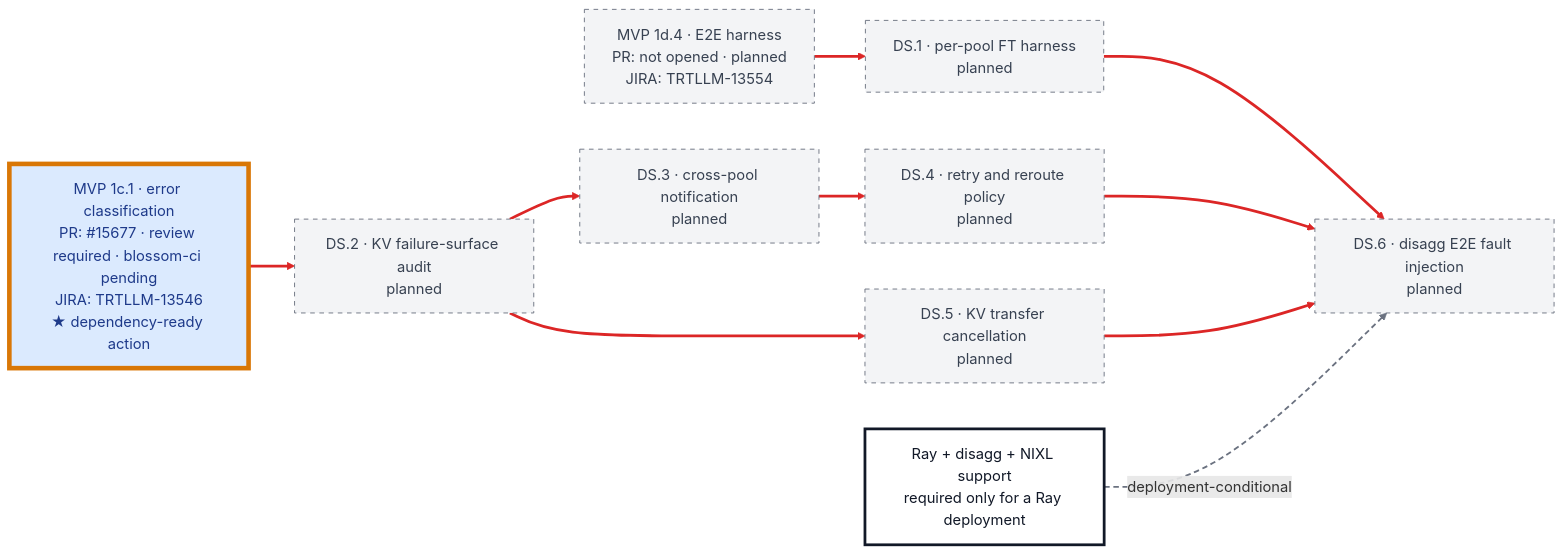
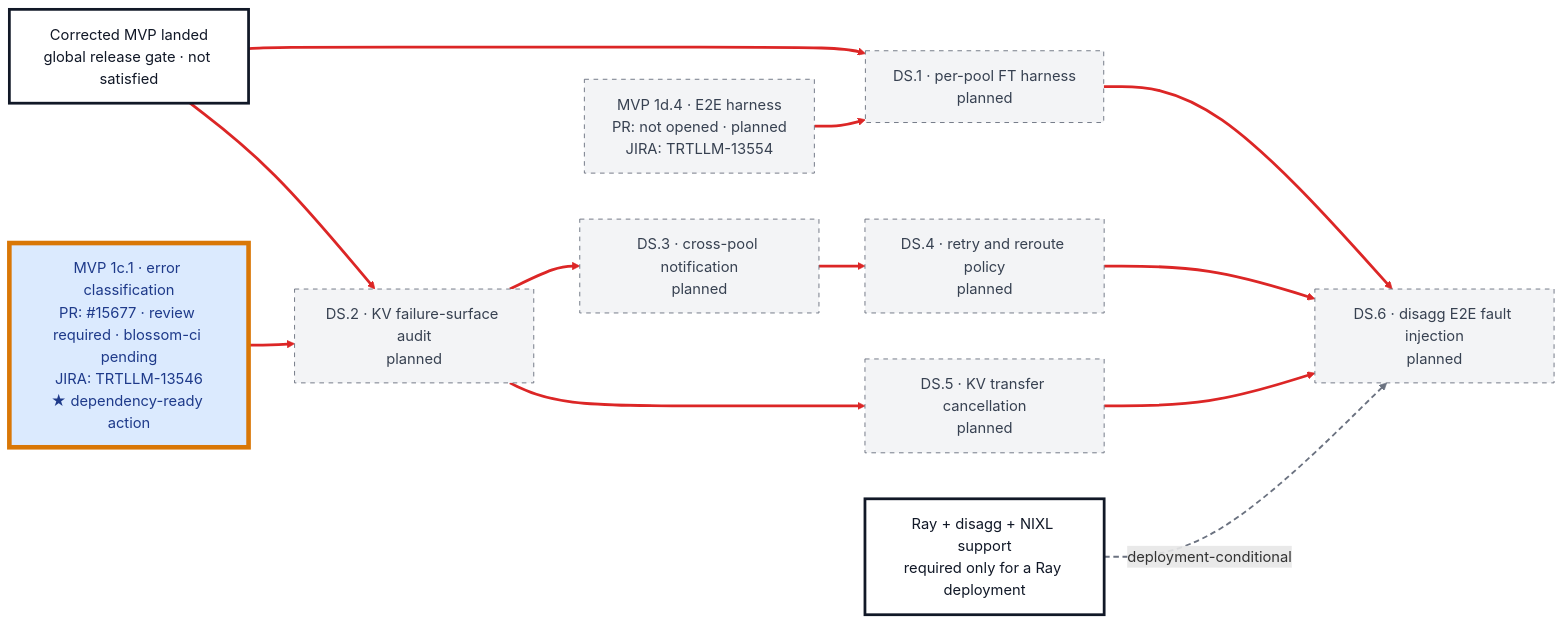
One commit to chienchunhung/TensorRT-LLM changed the second of 3 diagrams in docs/design/wide-ep-fault-tolerance/pr-execution/v1-dependency-graph.md. Above: the diagram before and after it, drawn with Mermaid. The commit also changed other lines of this file and 27 other files, not shown here.

````diff
--- a/docs/design/wide-ep-fault-tolerance/pr-execution/v1-dependency-graph.md
+++ b/docs/design/wide-ep-fault-tolerance/pr-execution/v1-dependency-graph.md
@@ -137,36 +137,39 @@
 ```mermaid
 flowchart LR
+    MVP["Corrected MVP landed<br/>global release gate · not satisfied"]
     M_D4["MVP 1d.4 · E2E harness<br/>PR: not opened · planned<br/>JIRA: TRTLLM-13554"]
     M_C1["MVP 1c.1 · error classification<br/>PR: #15677 · review required · blossom-ci pending<br/>JIRA: TRTLLM-13546<br/>★ dependency-ready action"]
     RAY_GAP["Ray + disagg + NIXL support<br/>required only for a Ray deployment"]
 
     DS1["DS.1 · per-pool FT harness<br/>planned"]
     DS2["DS.2 · KV failure-surface audit<br/>planned"]
     DS3["DS.3 · cross-pool notification<br/>planned"]
     DS4["DS.4 · retry and reroute policy<br/>planned"]
     DS5["DS.5 · KV transfer cancellation<br/>planned"]
     DS6["DS.6 · disagg E2E fault injection<br/>planned"]
 
+    MVP --> DS1
+    MVP --> DS2
     M_D4 --> DS1
     M_C1 --> DS2
     DS2 --> DS3
     DS3 --> DS4
     DS2 --> DS5
     DS1 --> DS6
     DS4 --> DS6
     DS5 --> DS6
     RAY_GAP -.->|deployment-conditional| DS6
 
-    linkStyle 0,1,2,3,4,5,6,7 stroke:#dc2626,stroke-width:3px;
-    linkStyle 8 stroke:#6b7280,stroke-width:2px,stroke-dasharray:6 4;
+    linkStyle 0,1,2,3,4,5,6,7,8,9 stroke:#dc2626,stroke-width:3px;
+    linkStyle 10 stroke:#6b7280,stroke-width:2px,stroke-dasharray:6 4;
 
     classDef reviewing fill:#dbeafe,stroke:#2563eb,color:#1e3a8a,stroke-width:2px;
     classDef planned fill:#f3f4f6,stroke:#6b7280,color:#374151,stroke-dasharray:5 5;
     classDef gate fill:#ffffff,stroke:#111827,color:#111827,stroke-width:3px;
     classDef candidate stroke:#d97706,stroke-width:5px,stroke-dasharray:0;
 
     class M_C1 reviewing;
     class M_D4,DS1,DS2,DS3,DS4,DS5,DS6 planned;
-    class RAY_GAP gate;
+    class MVP,RAY_GAP gate;
     class M_C1 candidate;
 ```
````
